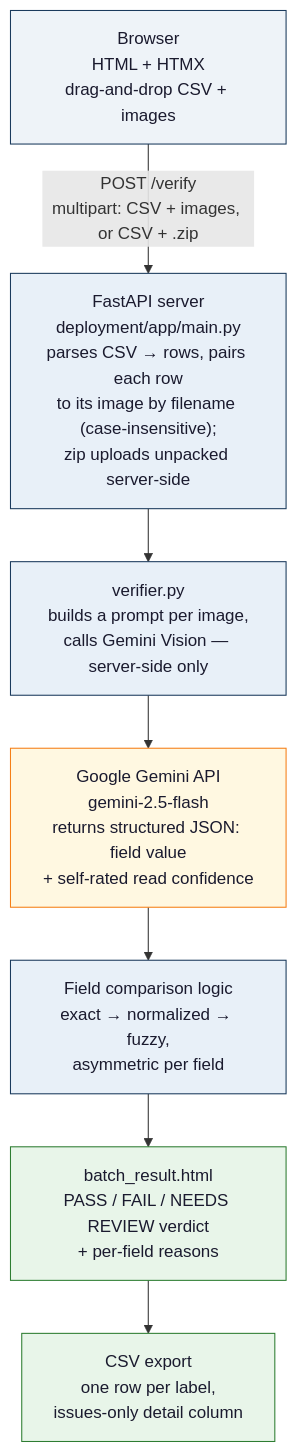
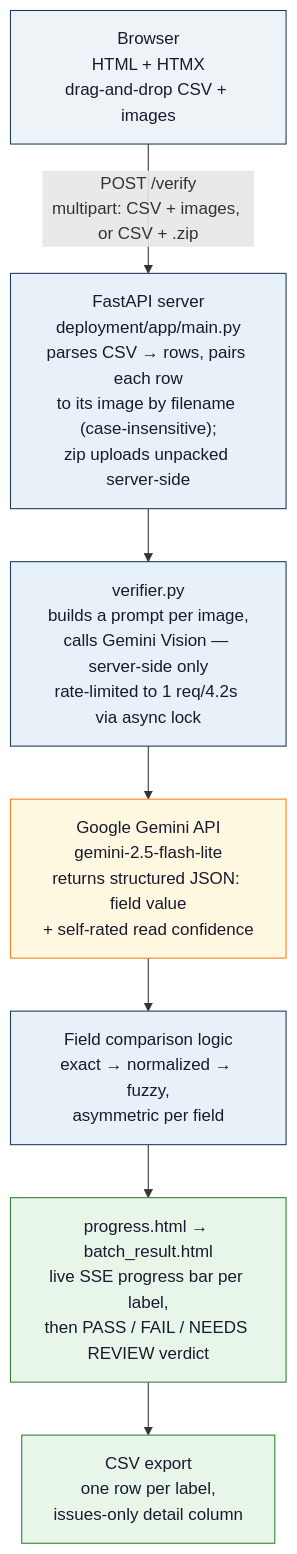
The diagram in README.md (petabase/TakeHomeProject), drawn with Mermaid before and after one commit. The commit also changed other lines of this file and 3 other files, not shown here.

````diff
--- a/README.md
+++ b/README.md
@@ -26,27 +26,27 @@
 ```mermaid
 flowchart TD
     A["Browser<br/>HTML + HTMX<br/>drag-and-drop CSV + images"]
     B["FastAPI server<br/>deployment/app/main.py<br/>parses CSV → rows, pairs each row<br/>to its image by filename (case-insensitive);<br/>zip uploads unpacked server-side"]
-    C["verifier.py<br/>builds a prompt per image,<br/>calls Gemini Vision — server-side only"]
-    D["Google Gemini API<br/>gemini-2.5-flash<br/>returns structured JSON: field value<br/>+ self-rated read confidence"]
+    C["verifier.py<br/>builds a prompt per image,<br/>calls Gemini Vision — server-side only<br/>rate-limited to 1 req/4.2s via async lock"]
+    D["Google Gemini API<br/>gemini-2.5-flash-lite<br/>returns structured JSON: field value<br/>+ self-rated read confidence"]
     E["Field comparison logic<br/>exact → normalized → fuzzy,<br/>asymmetric per field"]
-    F["batch_result.html<br/>PASS / FAIL / NEEDS REVIEW verdict<br/>+ per-field reasons"]
+    F["progress.html → batch_result.html<br/>live SSE progress bar per label,<br/>then PASS / FAIL / NEEDS REVIEW verdict"]
     G["CSV export<br/>one row per label,<br/>issues-only detail column"]
 
     A -->|"POST /verify<br/>multipart: CSV + images, or CSV + .zip"| B
     B --> C
     C --> D
     D --> E
     E --> F
     F --> G
 
     classDef browser fill:#eef3f8,stroke:#1a3a5c,color:#1a1a2e
     classDef server fill:#e8f0f8,stroke:#1a3a5c,color:#1a1a2e
     classDef external fill:#fff8e1,stroke:#f57f17,color:#1a1a2e
     classDef output fill:#e8f5e9,stroke:#2e7d32,color:#1a1a2e
 
     class A browser
     class B,C,E server
     class D external
     class F,G output
 ```
````
